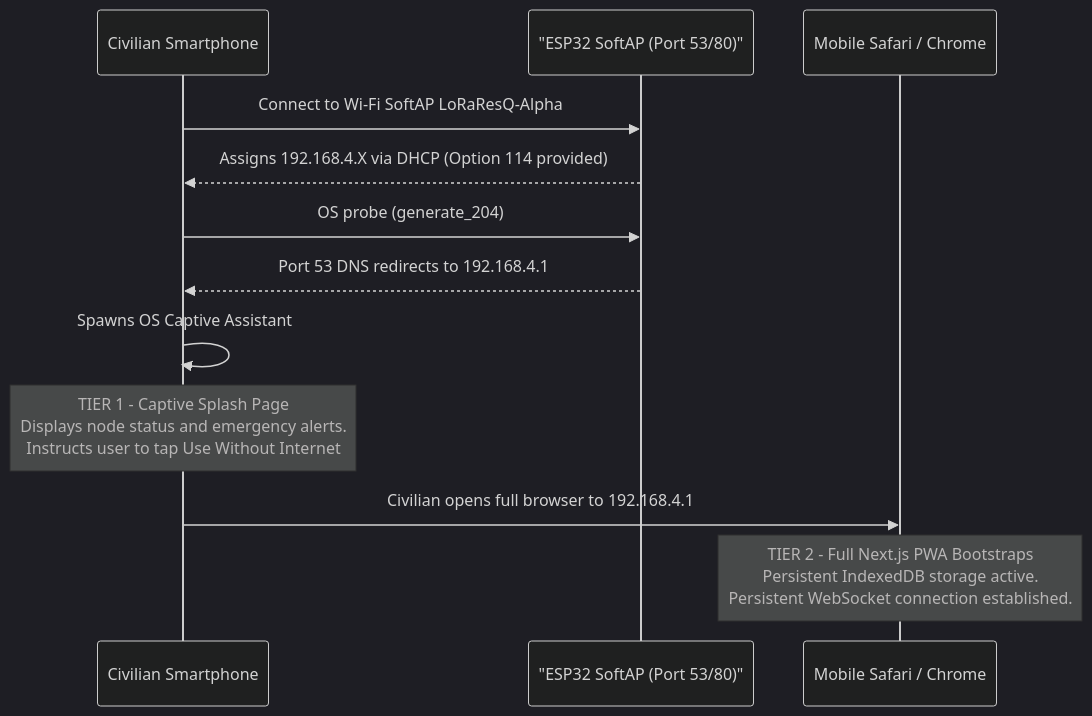
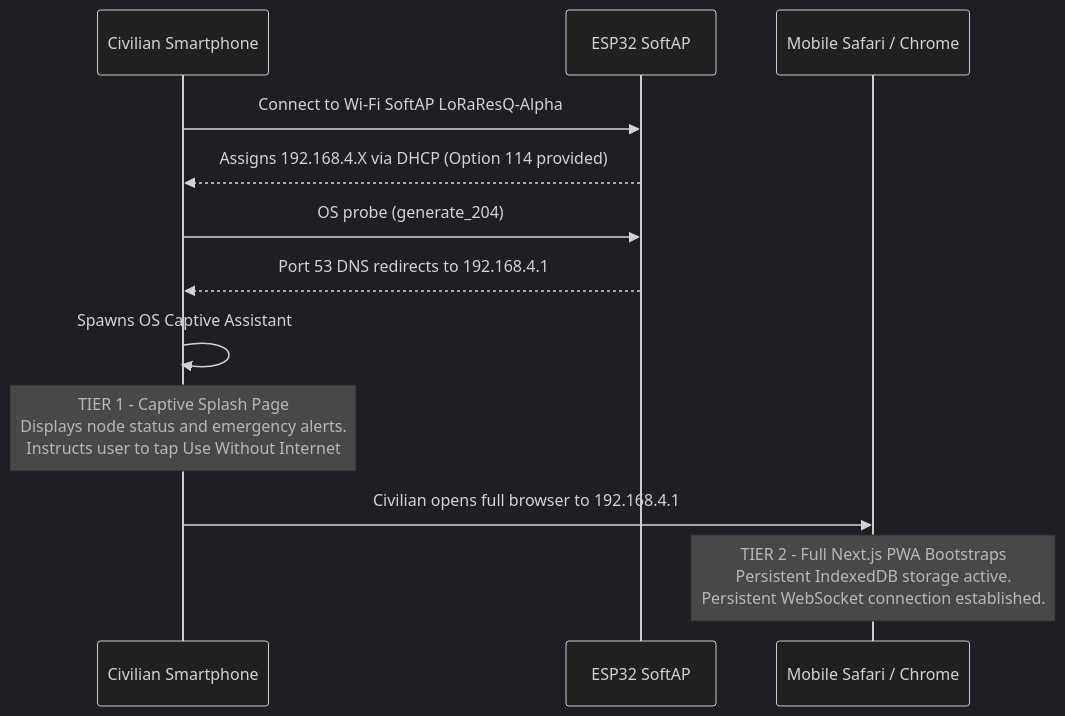
The tenth of 11 diagrams in BLUEPRINT.md (The-Usual-Idiots/LoRaResQ), drawn with Mermaid (dark theme) before and after one commit. The commit also changed other lines of this file and 3 other files, not shown here.

Commit message:
fix(docs): resolve semicolon syntax error and unquote aliases in Section 6.2 sequence diagram

````diff
--- a/BLUEPRINT.md
+++ b/BLUEPRINT.md
@@ -671,15 +672,15 @@
 ```mermaid
 sequenceDiagram
     participant Phone as Civilian Smartphone
-    participant AP as "ESP32 SoftAP (Port 53/80)"
+    participant AP as ESP32 SoftAP
     participant Browser as Mobile Safari / Chrome
 
     Phone->>AP: Connect to Wi-Fi SoftAP LoRaResQ-Alpha
     AP-->>Phone: Assigns 192.168.4.X via DHCP (Option 114 provided)
     Phone->>AP: OS probe (generate_204)
     AP-->>Phone: Port 53 DNS redirects to 192.168.4.1
     Phone->>Phone: Spawns OS Captive Assistant
     Note over Phone: TIER 1 - Captive Splash Page<br>Displays node status and emergency alerts.<br>Instructs user to tap Use Without Internet
     Phone->>Browser: Civilian opens full browser to 192.168.4.1
     Note over Browser: TIER 2 - Full Next.js PWA Bootstraps<br>Persistent IndexedDB storage active.<br>Persistent WebSocket connection established.
 ```
````
